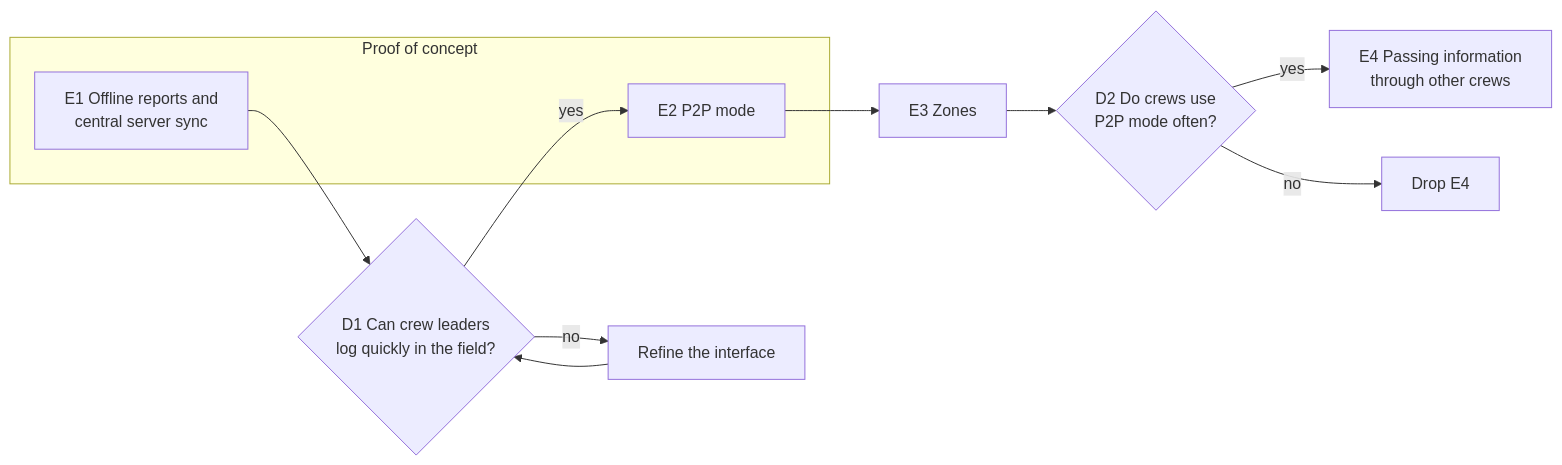
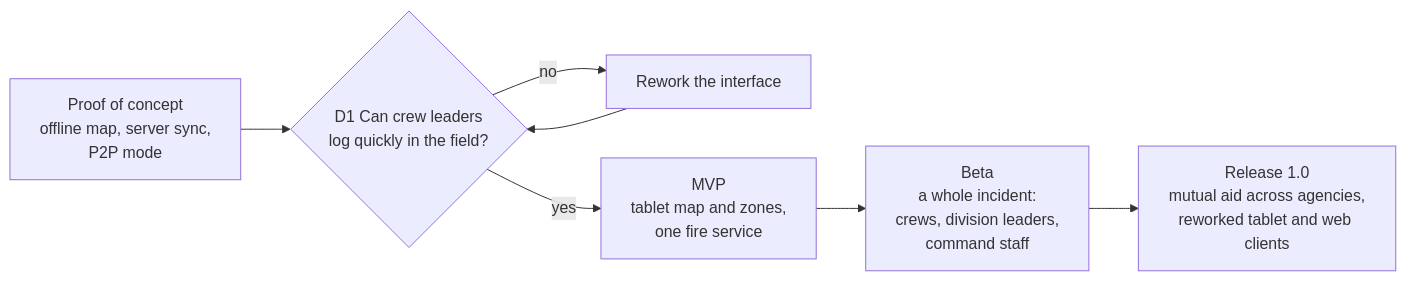
The diagram in report/figures/roadmap.mmd (MihaiCiorascu/SWA-Firefly), drawn with Mermaid before and after one commit. The commit also changed 4 other files, not shown here.

```diff
--- a/report/figures/roadmap.mmd
+++ b/report/figures/roadmap.mmd
@@ -1,18 +1,11 @@
 flowchart LR
-    subgraph PoC["Proof of concept"]
-        E1["E1 Offline reports and<br/>central server sync"]
-        E2["E2 P2P mode"]
-    end
+    PoC["Proof of concept<br/>offline map, server sync,<br/>P2P mode"]
     D1{"D1 Can crew leaders<br/>log quickly in the field?"}
-    UI["Refine the interface"]
-    E3["E3 Zones"]
-    D2{"D2 Do crews use<br/>P2P mode often?"}
-    E4["E4 Passing information<br/>through other crews"]
-    X["Drop E4"]
+    UI["Rework the interface"]
+    MVP["MVP<br/>tablet map and zones,<br/>one fire service"]
+    Beta["Beta<br/>a whole incident:<br/>crews, division leaders,<br/>command staff"]
+    Rel["Release 1.0<br/>mutual aid across agencies,<br/>reworked tablet and web clients"]
 
-    E1 --> D1
-    D1 -- yes --> E2
+    PoC --> D1
     D1 -- no --> UI --> D1
-    E2 --> E3 --> D2
-    D2 -- yes --> E4
-    D2 -- no --> X
+    D1 -- yes --> MVP --> Beta --> Rel
```
